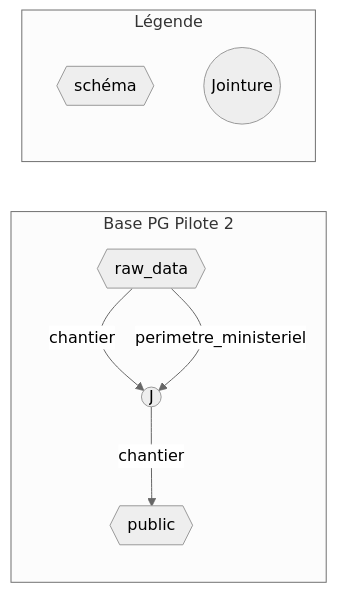
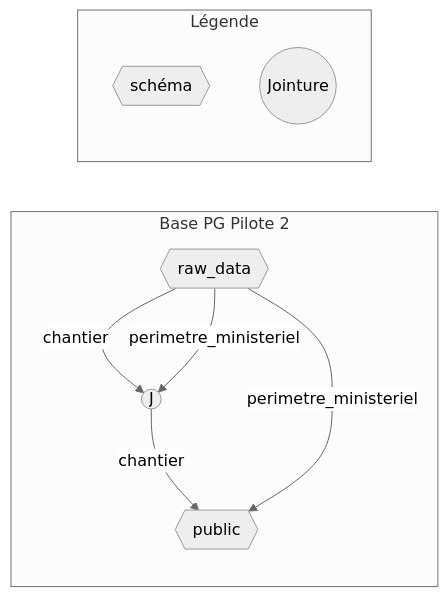
Before and after one commit to DITP-pilotage/pilote-2: the fourth of 4 diagrams in data/README.md, drawn with Mermaid (neutral theme). The commit also changed other lines of this file, not shown here.

````diff
--- a/data/README.md
+++ b/data/README.md
@@ -200,13 +194,14 @@
 ``` mermaid
 graph LR
 subgraph Base PG Pilote 2
     RD{{raw_data}} --> |chantier| J((J))
     RD --> |perimetre_ministeriel| J
     J --> |chantier| PU{{public}}
+    RD --> |perimetre_ministeriel| PU
 end
 
 subgraph Légende
     SCH{{schéma}}
     JOIN((Jointure))
 end
 ```
````
